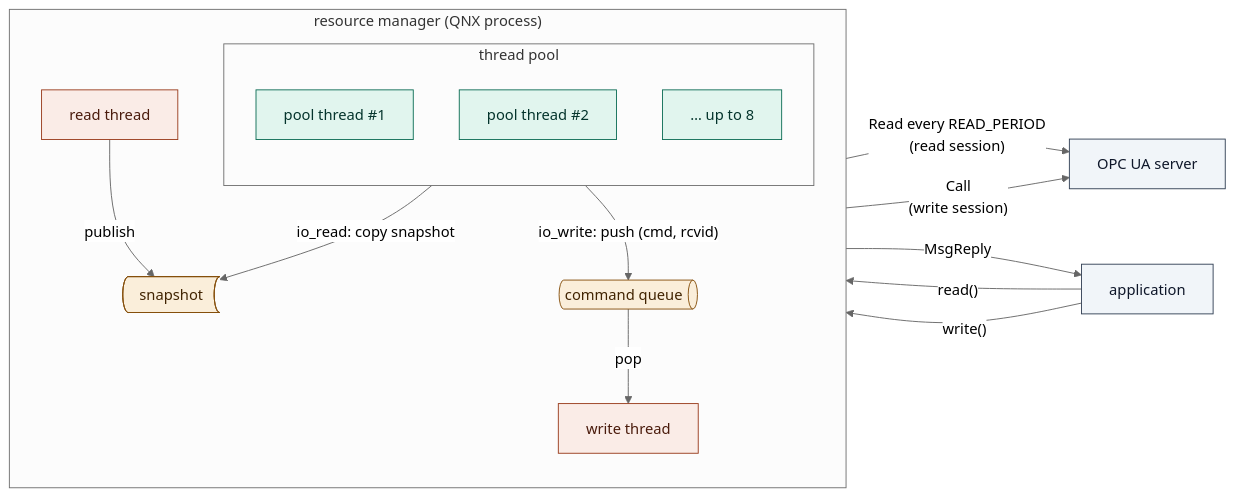
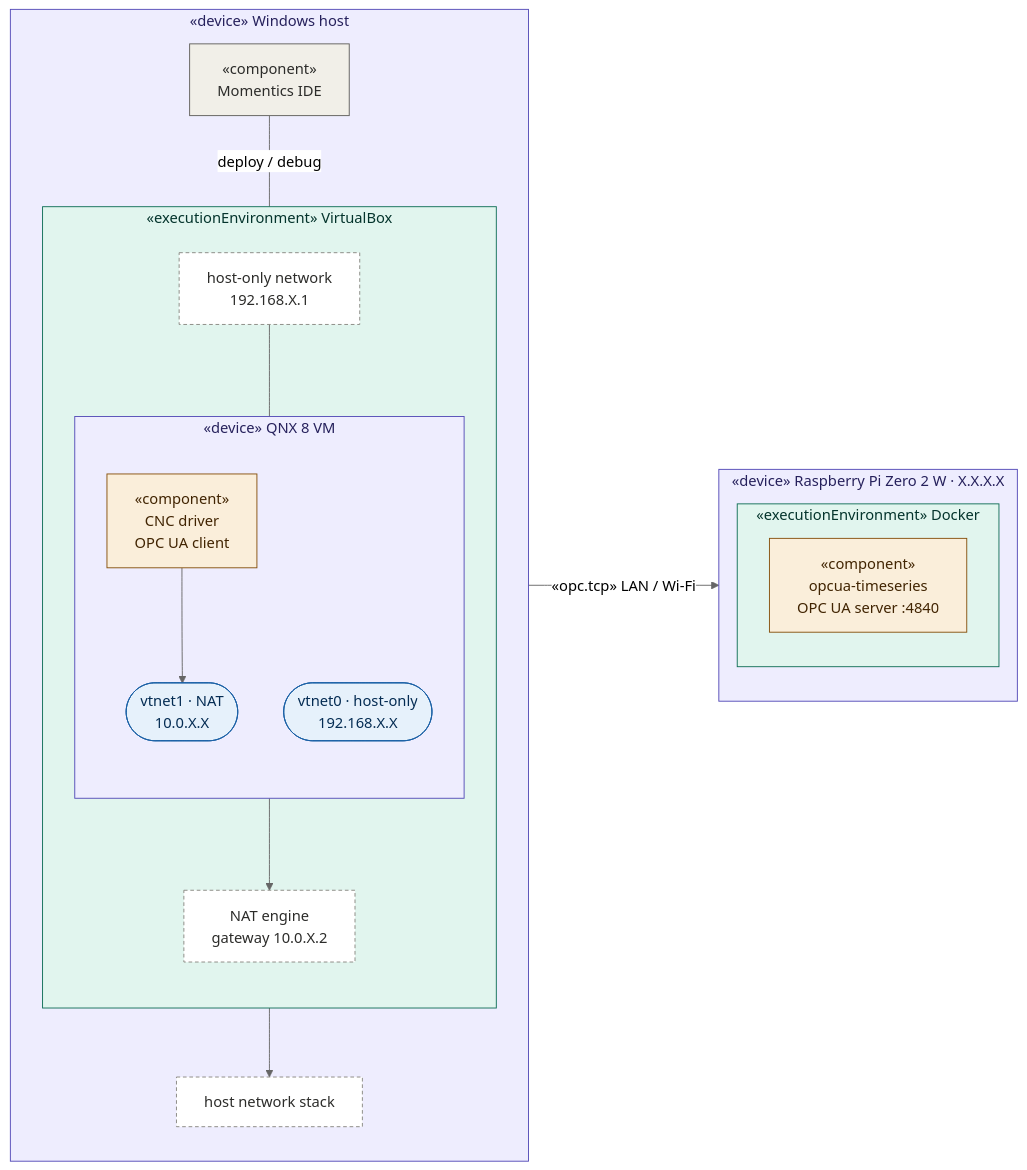
The third of 15 diagrams in src/content/blog/qnx_1st_driver_implemented.md (martiniio/MyWebsite), drawn with Mermaid (neutral theme) before and after one commit. The commit also changed other lines of this file, not shown here.

Commit message:
Finished the Driver

````diff
--- a/src/content/blog/qnx_1st_driver_implemented.md
+++ b/src/content/blog/qnx_1st_driver_implemented.md
@@ -225,37 +229,48 @@
 ```mermaid
+%% UML deployment view
+%% «device» = node, «executionEnvironment» = hypervisor / container runtime, «component» = deployed software
 flowchart LR
-    A["application"]
-    subgraph RM["resource manager (QNX process)"]
+    subgraph HOST["«device» Windows host"]
         direction TB
-        subgraph TPL["thread pool"]
+        MOM["«component»<br/>Momentics IDE"]
+        NET["host network stack"]
+        subgraph VB["«executionEnvironment» VirtualBox"]
             direction TB
-            P1["pool thread #1"]
-            P2["pool thread #2"]
-            PN["… up to 8"]
+            HO["host-only network<br/>192.168.X.1"]
+            VNAT["NAT engine<br/>gateway 10.0.X.2"]
+            subgraph QNX["«device» QNX 8 VM"]
+                direction TB
+                DRV["«component»<br/>CNC driver<br/>OPC UA client"]
+                V0(["vtnet0 · host-only<br/>192.168.X.X"])
+                V1(["vtnet1 · NAT<br/>10.0.X.X"])
+            end
         end
-        SNAP@{ shape: bow-rect, label: "snapshot" }
-        Q@{ shape: h-cyl, label: "command queue" }
-        RD["read thread"]
-        WR["write thread"]
     end
-    S["OPC UA server"]
-
-    A -- "read()" --> P1
-    A -- "write()" --> P2
-    P1 -- "io_read: copy snapshot" --> SNAP
-    P2 -- "io_write: push (cmd, rcvid)" --> Q
-    Q -- "pop" --> WR
-    RD -- "publish" --> SNAP
-    RD -- "Read every READ_PERIOD<br/>(read session)" --> S
-    WR -- "Call<br/>(write session)" --> S
-    WR -- "MsgReply" --> A
-
-    classDef pool fill:#E1F5EE,stroke:#0F6E56,color:#04342C
-    classDef own  fill:#FAECE7,stroke:#993C1D,color:#4A1B0C
-    classDef data fill:#FAEEDA,stroke:#854F0B,color:#412402
-    classDef ext  fill:#F1F5F9,stroke:#334155,color:#0F172A
-    class P1,P2,PN pool
-    class RD,WR own
-    class SNAP,Q data
-    class A,S ext
+    subgraph PI["«device» Raspberry Pi Zero 2 W · X.X.X.X"]
+        direction TB
+        subgraph DOCKER["«executionEnvironment» Docker"]
+            SRV["«component»<br/>opcua-timeseries<br/>OPC UA server :4840"]
+        end
+    end
+ 
+    MOM -- "deploy / debug" --- HO
+    HO --- V0
+    DRV --> V1
+    V1 --> VNAT
+    VNAT --> NET
+    NET -- "«opc.tcp» LAN / Wi-Fi" --> SRV
+ 
+    classDef component fill:#FAEEDA,stroke:#854F0B,color:#412402
+    classDef tool      fill:#F1EFE8,stroke:#5F5E5A,color:#2C2C2A
+    classDef iface     fill:#E6F1FB,stroke:#185FA5,color:#042C53
+    classDef network   fill:#FFFFFF,stroke:#888780,color:#2C2C2A,stroke-dasharray:4 3
+    class DRV,SRV component
+    class MOM tool
+    class V0,V1 iface
+    class HO,VNAT,NET network
+    style HOST   fill:#EEEDFE,stroke:#534AB7,color:#26215C
+    style QNX    fill:#EEEDFE,stroke:#534AB7,color:#26215C
+    style PI     fill:#EEEDFE,stroke:#534AB7,color:#26215C
+    style VB     fill:#E1F5EE,stroke:#0F6E56,color:#04342C
+    style DOCKER fill:#E1F5EE,stroke:#0F6E56,color:#04342C
 ```
````
